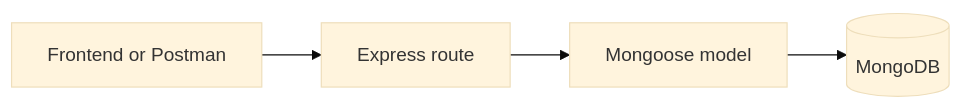
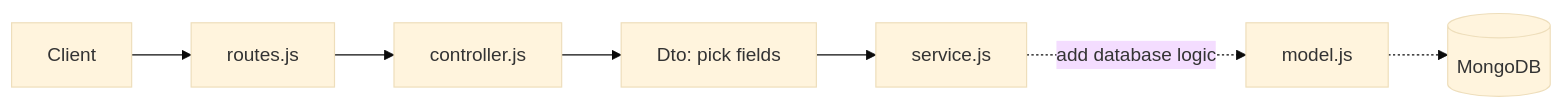
One commit to real-VrajSoni/express-mongo-start changed the diagram in README.md. Above: the diagram before and after it, drawn with Mermaid (base theme). The commit also changed other lines of this file and 24 other files, not shown here.

````diff
--- a/README.md
+++ b/README.md
@@ -65,6 +123,9 @@
 ```mermaid
 flowchart LR
-    A[Frontend or Postman] --> B[Express route]
-    B --> C[Mongoose model]
-    C --> D[(MongoDB)]
+    A[Client] --> B[routes.js]
+    B --> C[controller.js]
+    C --> D[Dto: pick fields]
+    D --> E[service.js]
+    E -. add database logic .-> F[model.js]
+    F -.-> G[(MongoDB)]
 ```
````
